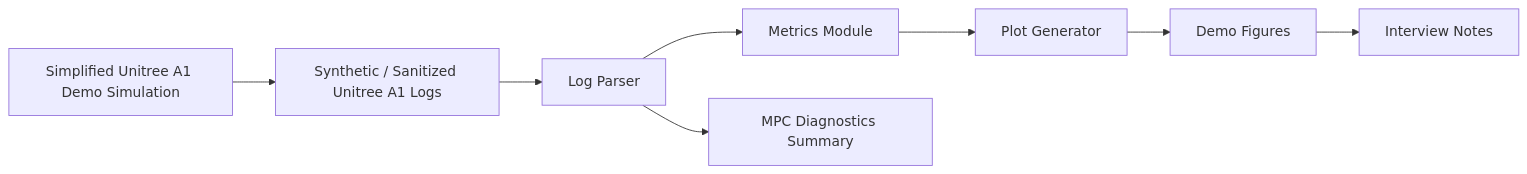
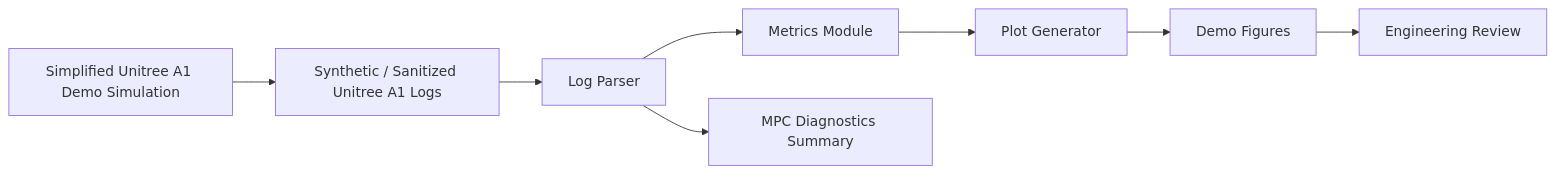
One commit to zihanshen29/robot-a1-showcase changed the diagram in docs/architecture.md. Above: the diagram before and after it, drawn with Mermaid. The commit also changed other lines of this file and 8 other files, not shown here.

````diff
--- a/docs/architecture.md
+++ b/docs/architecture.md
@@ -3,10 +3,10 @@
 ```mermaid
 flowchart LR
     A["Synthetic / Sanitized Unitree A1 Logs"] --> B["Log Parser"]
     G["Simplified Unitree A1 Demo Simulation"] --> A
     B --> C["Metrics Module"]
     C --> D["Plot Generator"]
     D --> E["Demo Figures"]
     B --> H["MPC Diagnostics Summary"]
-    E --> F["Interview Notes"]
+    E --> F["Engineering Review"]
 ```
````
